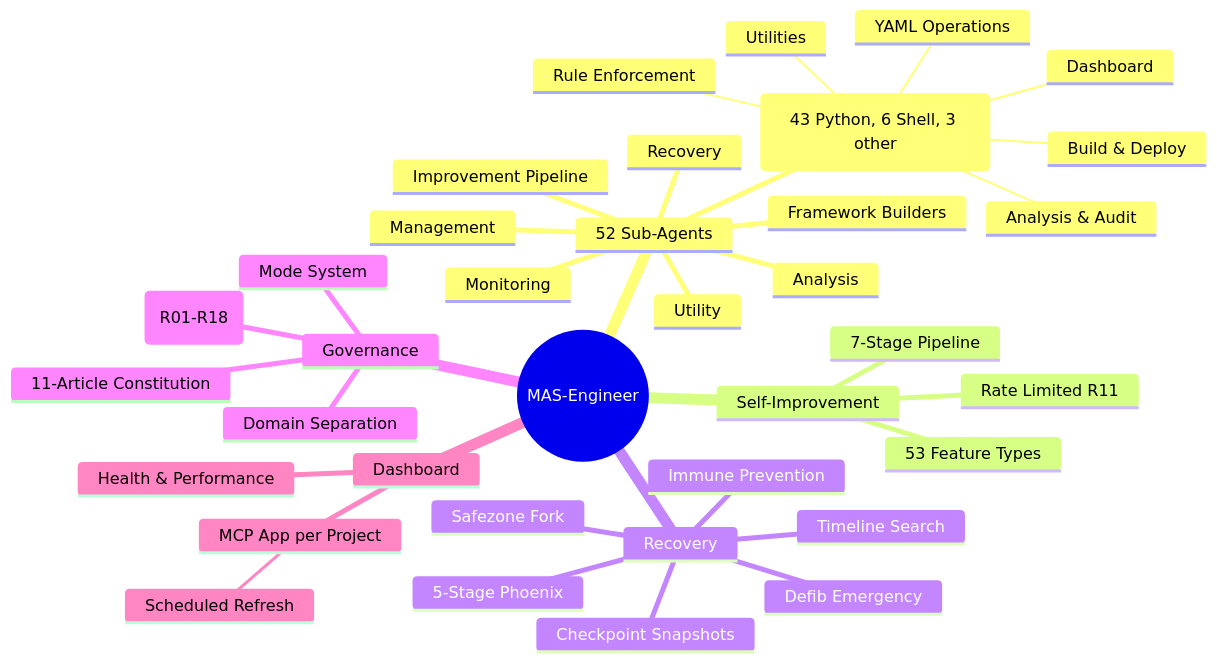
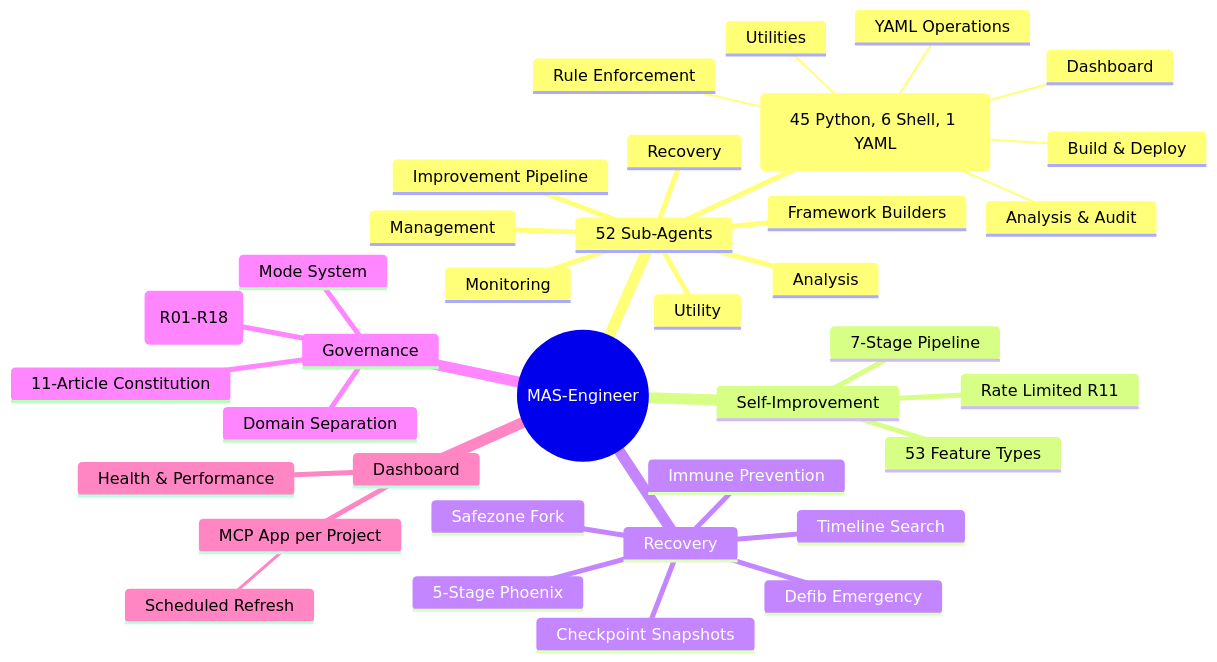
One commit to mczardybon/mas-engineer changed the sixth of 6 diagrams in README.md. Above: the diagram before and after it, drawn with Mermaid. The commit also changed other lines of this file and 7 other files, not shown here.

````diff
--- a/README.md
+++ b/README.md
@@ -463,39 +463,39 @@
 ```mermaid
 mindmap
   root((MAS-Engineer))
     52 Sub-Agents
       Framework Builders
       Improvement Pipeline
       Monitoring
       Recovery
       Analysis
       Utility
       Management
-     52 total (43 Python, 6 Shell, 3 other)
+     52 total (45 Python, 6 Shell, 1 YAML)
       Rule Enforcement
       YAML Operations
       Build & Deploy
       Analysis & Audit
       Dashboard
       Utilities
     Self-Improvement
       7-Stage Pipeline
       53 Feature Types
       Rate Limited R11
     Recovery
       5-Stage Phoenix
       Immune Prevention
       Checkpoint Snapshots
       Safezone Fork
       Timeline Search
       Defib Emergency
     Governance
       11 Hard Rules (R01-R18)
       11-Article Constitution
       Mode System
       Domain Separation
     Dashboard
       MCP App per Project
        Scheduled Refresh
       Health & Performance
 ```
````
